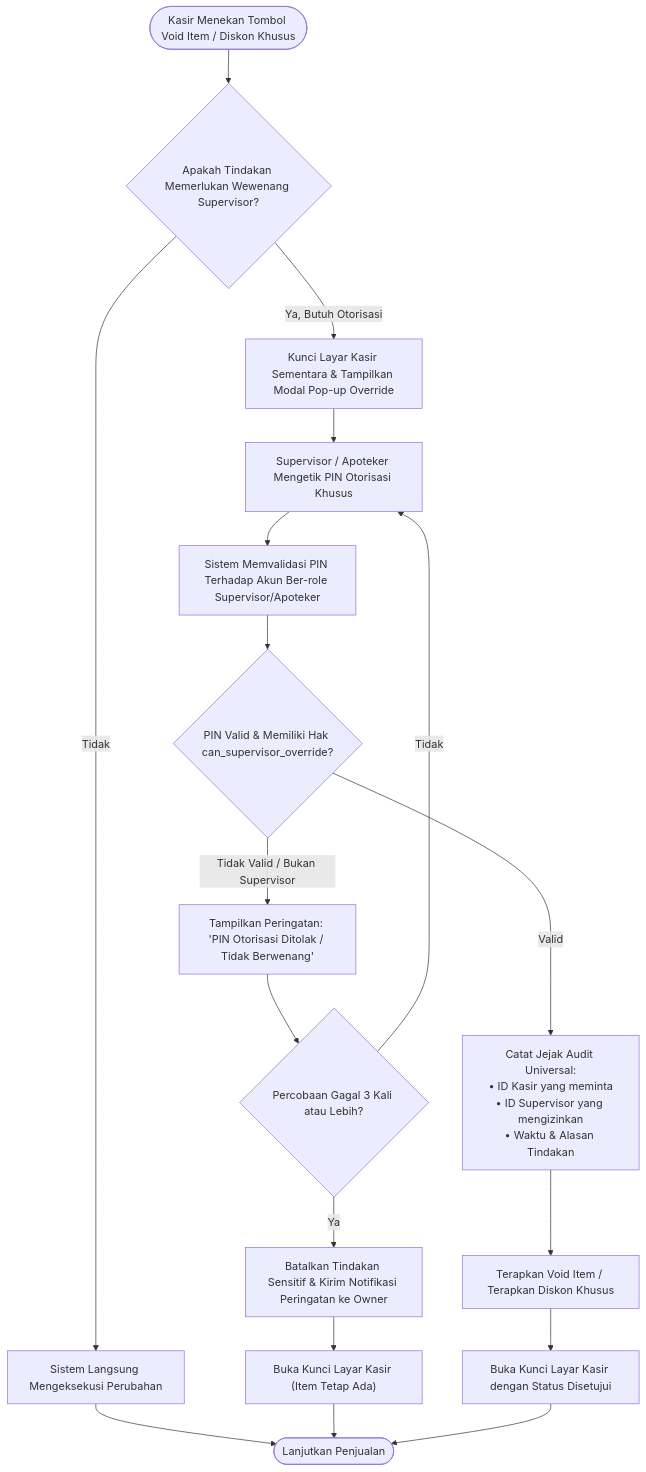
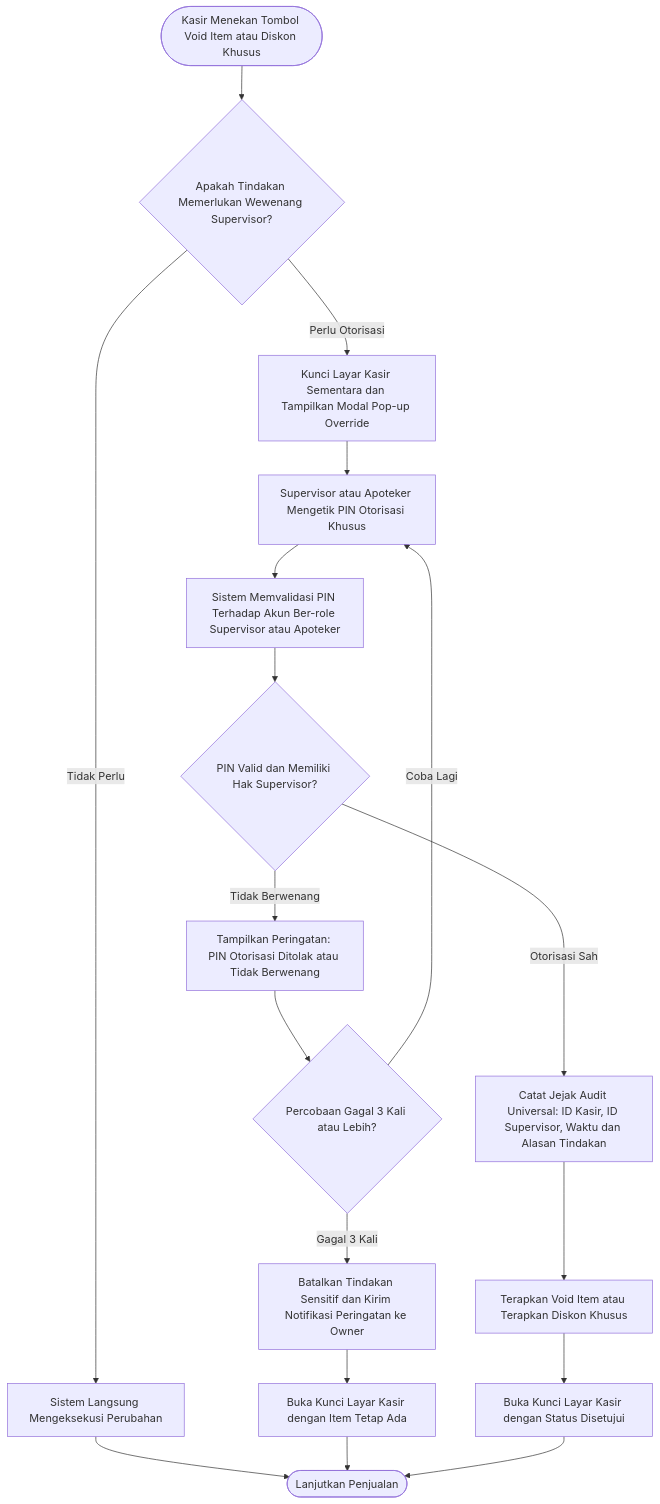
One commit to bagusyanuar/pharmacy-docs changed the third of 9 diagrams in technical/diagrams/01-diagrams-auth-dan-cabang.md. Above: the diagram before and after it, drawn with Mermaid. The commit also changed other lines of this file, not shown here.

Commit message:
fix(diagrams): resolve GitHub Mermaid parser error in flowcharts 3.1 and 3.3

````diff
--- a/technical/diagrams/01-diagrams-auth-dan-cabang.md
+++ b/technical/diagrams/01-diagrams-auth-dan-cabang.md
@@ -131,24 +131,24 @@
 ```mermaid
 flowchart TD
-    TriggerAction([Kasir Menekan Tombol Void Item / Diskon Khusus]) --> CheckLimit{Apakah Tindakan Memerlukan Wewenang Supervisor?}
+    TriggerAction(["Kasir Menekan Tombol Void Item atau Diskon Khusus"]) --> CheckLimit{"Apakah Tindakan Memerlukan Wewenang Supervisor?"}
     
-    CheckLimit -->|Tidak| ExecuteAction["Sistem Langsung Mengeksekusi Perubahan"]
+    CheckLimit -->|Tidak Perlu| ExecuteAction["Sistem Langsung Mengeksekusi Perubahan"]
     ExecuteAction --> ResumeSale([Lanjutkan Penjualan])
     
-    CheckLimit -->|Ya, Butuh Otorisasi| LockCart["Kunci Layar Kasir Sementara & Tampilkan Modal Pop-up Override"]
-    LockCart --> SupervisorInput["Supervisor / Apoteker Mengetik PIN Otorisasi Khusus"]
-    SupervisorInput --> VerifySupervisor["Sistem Memvalidasi PIN Terhadap Akun Ber-role Supervisor/Apoteker"]
+    CheckLimit -->|Perlu Otorisasi| LockCart["Kunci Layar Kasir Sementara dan Tampilkan Modal Pop-up Override"]
+    LockCart --> SupervisorInput["Supervisor atau Apoteker Mengetik PIN Otorisasi Khusus"]
+    SupervisorInput --> VerifySupervisor["Sistem Memvalidasi PIN Terhadap Akun Ber-role Supervisor atau Apoteker"]
     
-    VerifySupervisor --> IsSupervisorValid{PIN Valid & Memiliki Hak can_supervisor_override?}
-    IsSupervisorValid -->|Tidak Valid / Bukan Supervisor| ShowOverrideFail["Tampilkan Peringatan: 'PIN Otorisasi Ditolak / Tidak Berwenang'"]
+    VerifySupervisor --> IsSupervisorValid{PIN Valid dan Memiliki Hak Supervisor?}
+    IsSupervisorValid -->|Tidak Berwenang| ShowOverrideFail["Tampilkan Peringatan: PIN Otorisasi Ditolak atau Tidak Berwenang"]
     ShowOverrideFail --> RetryCountCheck{Percobaan Gagal 3 Kali atau Lebih?}
-    RetryCountCheck -->|Ya| CancelOverrideAction["Batalkan Tindakan Sensitif & Kirim Notifikasi Peringatan ke Owner"]
-    CancelOverrideAction --> UnlockCartFail["Buka Kunci Layar Kasir (Item Tetap Ada)"]
+    RetryCountCheck -->|Gagal 3 Kali| CancelOverrideAction["Batalkan Tindakan Sensitif dan Kirim Notifikasi Peringatan ke Owner"]
+    CancelOverrideAction --> UnlockCartFail["Buka Kunci Layar Kasir dengan Item Tetap Ada"]
     UnlockCartFail --> ResumeSale
-    RetryCountCheck -->|Tidak| SupervisorInput
+    RetryCountCheck -->|Coba Lagi| SupervisorInput
     
-    IsSupervisorValid -->|Valid| LogAudit["Catat Jejak Audit Universal:<br/>• ID Kasir yang meminta<br/>• ID Supervisor yang mengizinkan<br/>• Waktu & Alasan Tindakan"]
-    LogAudit --> ApplyChange["Terapkan Void Item / Terapkan Diskon Khusus"]
+    IsSupervisorValid -->|Otorisasi Sah| LogAudit["Catat Jejak Audit Universal: ID Kasir, ID Supervisor, Waktu dan Alasan Tindakan"]
+    LogAudit --> ApplyChange["Terapkan Void Item atau Terapkan Diskon Khusus"]
     ApplyChange --> UnlockCartSuccess["Buka Kunci Layar Kasir dengan Status Disetujui"]
     UnlockCartSuccess --> ResumeSale
 ```
````
